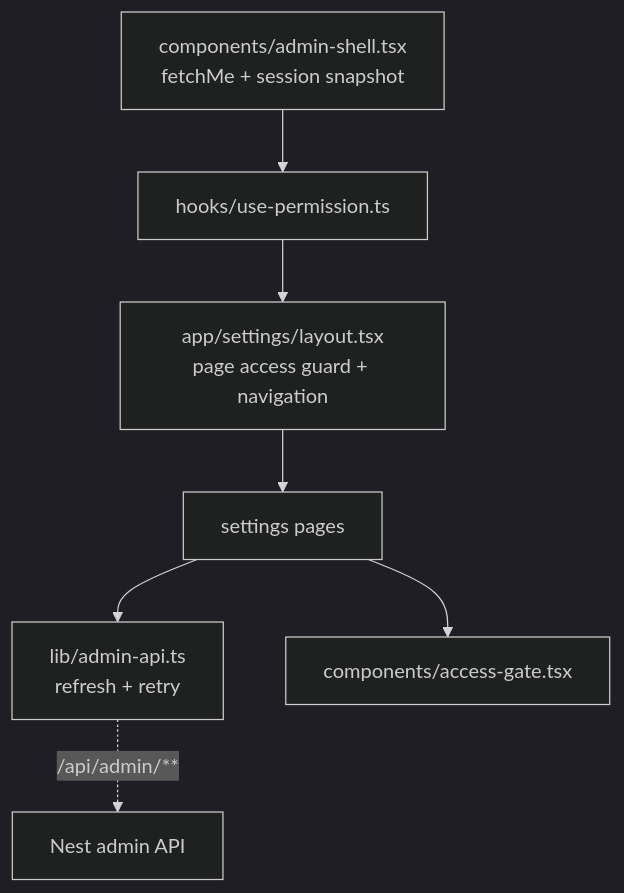
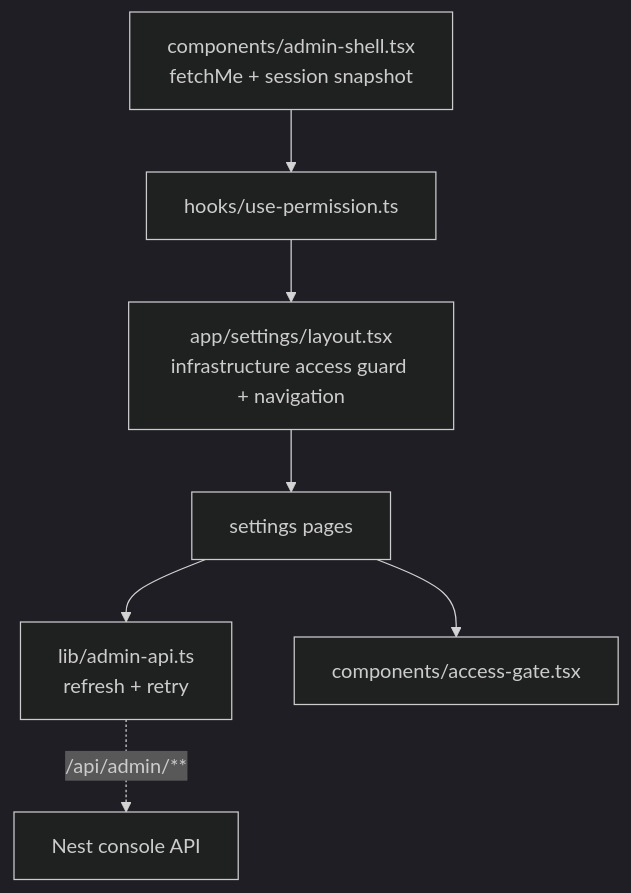
Before and after one commit to AyalaKaguya/hermes-swarm: the sixth of 6 diagrams in docs/current-module-reference-graph.md, drawn with Mermaid (dark theme). The commit also changed other lines of this file and 82 other files, not shown here.

````diff
--- a/docs/current-module-reference-graph.md
+++ b/docs/current-module-reference-graph.md
@@ -259,9 +269,9 @@
 ```mermaid
 flowchart TB
   AdminShell["components/admin-shell.tsx<br/>fetchMe + session snapshot"] --> PermissionHook["hooks/use-permission.ts"]
-  PermissionHook --> SettingsLayout["app/settings/layout.tsx<br/>page access guard + navigation"]
+  PermissionHook --> SettingsLayout["app/settings/layout.tsx<br/>infrastructure access guard + navigation"]
   SettingsLayout --> Pages["settings pages"]
   Pages --> AdminApi["lib/admin-api.ts<br/>refresh + retry"]
-  AdminApi -. "/api/admin/**" .-> Api["Nest admin API"]
+  AdminApi -. "/api/admin/**" .-> Api["Nest console API"]
   Pages --> AccessGate["components/access-gate.tsx"]
 ```
````
